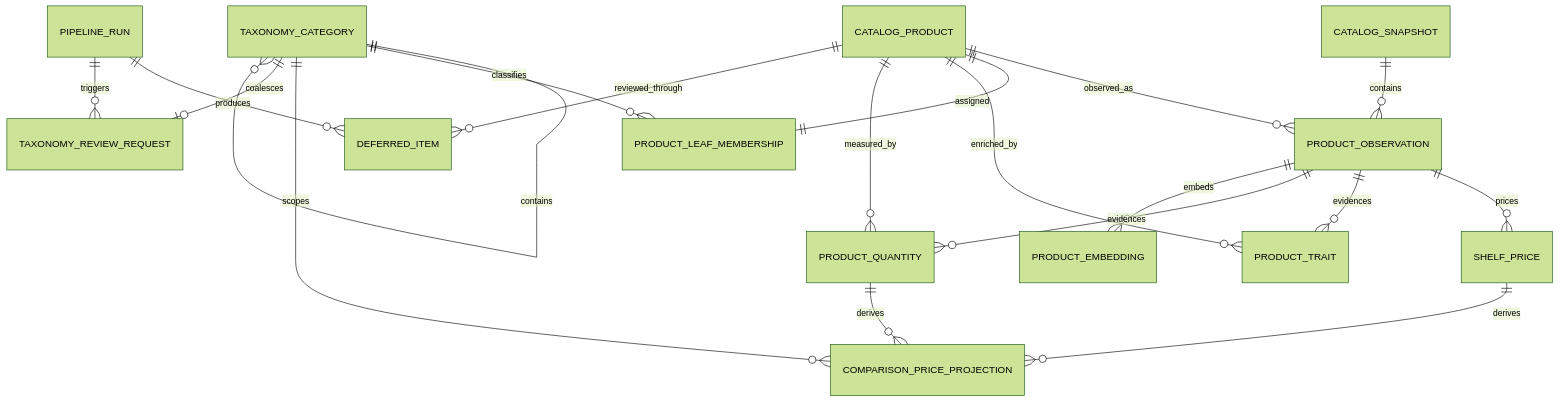
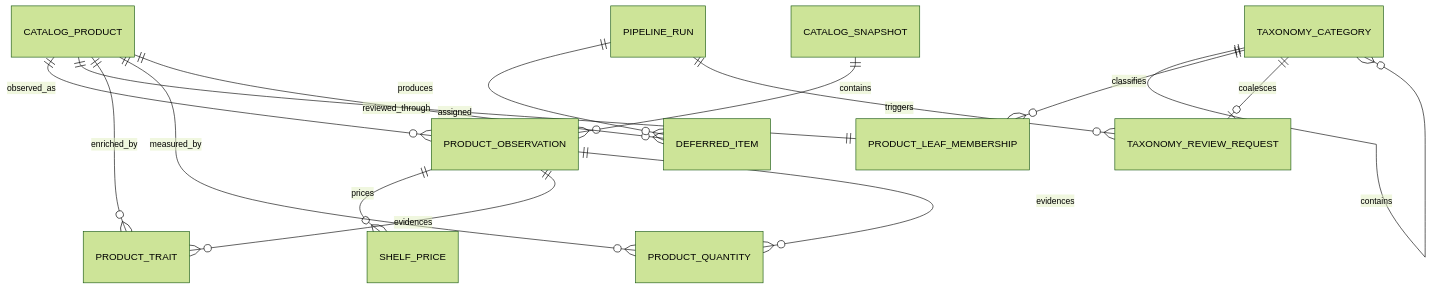
One commit to nathanvogel/agentic-cataloger changed the second of 3 diagrams in _bmad-output/planning-artifacts/architecture/architecture-pricecomp-2026-07-31/ARCHITECTURE-SPINE.md. Above: the diagram before and after it, drawn with Mermaid (forest theme). The commit also changed other lines of this file and 9 other files, not shown here.

````diff
--- a/_bmad-output/planning-artifacts/architecture/architecture-pricecomp-2026-07-31/ARCHITECTURE-SPINE.md
+++ b/_bmad-output/planning-artifacts/architecture/architecture-pricecomp-2026-07-31/ARCHITECTURE-SPINE.md
@@ -323,21 +321,17 @@
 ```mermaid
 erDiagram
   CATALOG_SNAPSHOT ||--o{ PRODUCT_OBSERVATION : contains
   CATALOG_PRODUCT ||--o{ PRODUCT_OBSERVATION : observed_as
   PRODUCT_OBSERVATION ||--o{ SHELF_PRICE : prices
   CATALOG_PRODUCT ||--|| PRODUCT_LEAF_MEMBERSHIP : assigned
   TAXONOMY_CATEGORY ||--o{ TAXONOMY_CATEGORY : contains
   TAXONOMY_CATEGORY ||--o{ PRODUCT_LEAF_MEMBERSHIP : classifies
   CATALOG_PRODUCT ||--o{ PRODUCT_TRAIT : enriched_by
   CATALOG_PRODUCT ||--o{ PRODUCT_QUANTITY : measured_by
   PRODUCT_OBSERVATION ||--o{ PRODUCT_TRAIT : evidences
   PRODUCT_OBSERVATION ||--o{ PRODUCT_QUANTITY : evidences
-  PRODUCT_OBSERVATION ||--o{ PRODUCT_EMBEDDING : embeds
-  SHELF_PRICE ||--o{ COMPARISON_PRICE_PROJECTION : derives
-  PRODUCT_QUANTITY ||--o{ COMPARISON_PRICE_PROJECTION : derives
-  TAXONOMY_CATEGORY ||--o{ COMPARISON_PRICE_PROJECTION : scopes
   CATALOG_PRODUCT ||--o{ DEFERRED_ITEM : reviewed_through
   PIPELINE_RUN ||--o{ DEFERRED_ITEM : produces
   PIPELINE_RUN ||--o{ TAXONOMY_REVIEW_REQUEST : triggers
   TAXONOMY_CATEGORY ||--o| TAXONOMY_REVIEW_REQUEST : coalesces
 ```
````
